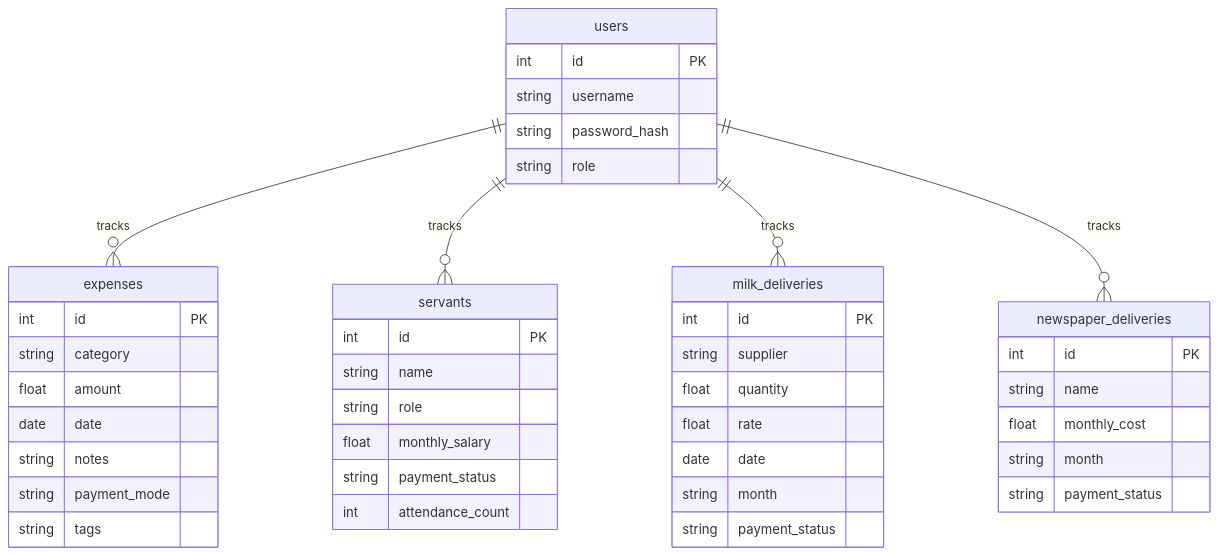
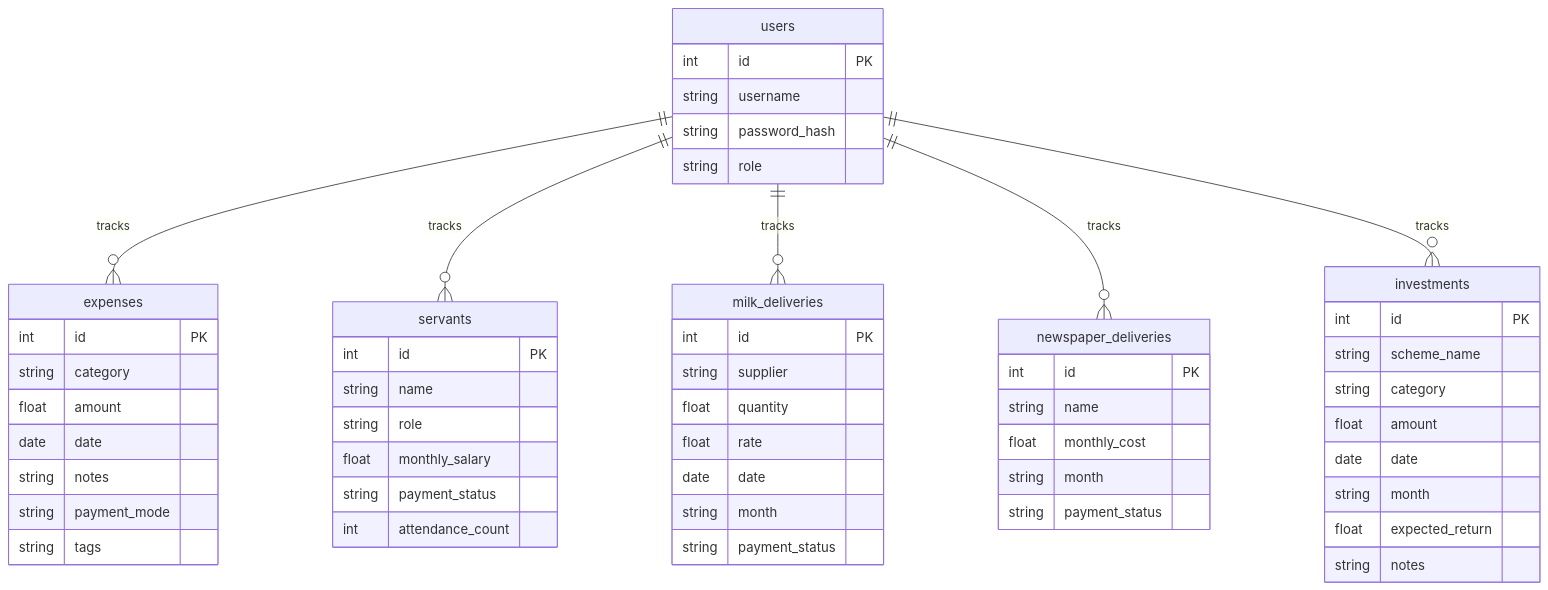
The second of 3 diagrams in docs/DIAGRAMS.md (kotharib/HouseholdExpenseTracker), drawn with Mermaid before and after one commit. The commit also changed 24 other files, not shown here.

````diff
--- a/docs/DIAGRAMS.md
+++ b/docs/DIAGRAMS.md
@@ -36,47 +36,58 @@
 ```mermaid
 erDiagram
     users {
         int id PK
         string username
         string password_hash
         string role
     }
     expenses {
         int id PK
         string category
         float amount
         date date
         string notes
         string payment_mode
         string tags
     }
     servants {
         int id PK
         string name
         string role
         float monthly_salary
         string payment_status
         int attendance_count
     }
     milk_deliveries {
         int id PK
         string supplier
         float quantity
         float rate
         date date
         string month
         string payment_status
     }
     newspaper_deliveries {
         int id PK
         string name
         float monthly_cost
         string month
         string payment_status
     }
+    investments {
+        int id PK
+        string scheme_name
+        string category
+        float amount
+        date date
+        string month
+        float expected_return
+        string notes
+    }
 
     users ||--o{ expenses : "tracks"
     users ||--o{ servants : "tracks"
     users ||--o{ milk_deliveries : "tracks"
     users ||--o{ newspaper_deliveries : "tracks"
+    users ||--o{ investments : "tracks"
 ```
````
